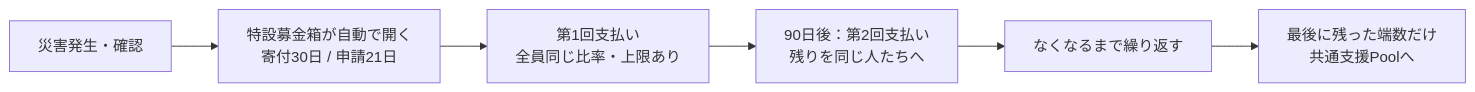
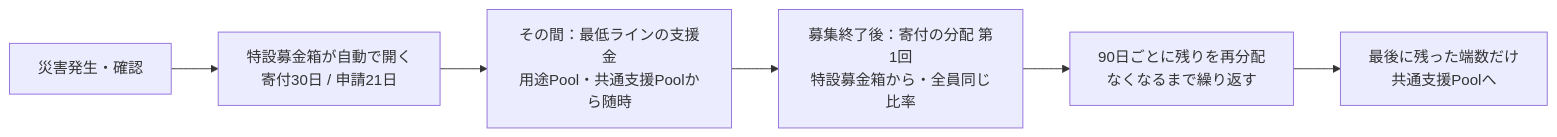
Before and after one commit to UnagiLabs/Sonari: the fourth of 4 diagrams in docs/donation_flow.md, drawn with Mermaid. The commit also changed other lines of this file and 2 other files, not shown here.

````diff
--- a/docs/donation_flow.md
+++ b/docs/donation_flow.md
@@ -88,8 +127,8 @@
 ```mermaid
 flowchart LR
     A[災害発生・確認] --> B[特設募金箱が自動で開く<br>寄付30日 / 申請21日]
-    B --> C[第1回支払い<br>全員同じ比率・上限あり]
-    C --> D[90日後：第2回支払い<br>残りを同じ人たちへ]
-    D --> E[なくなるまで繰り返す]
+    B --> C[その間：最低ラインの支援金<br>用途Pool・共通支援Poolから随時]
+    C --> D[募集終了後：寄付の分配 第1回<br>特設募金箱から・全員同じ比率]
+    D --> E[90日ごとに残りを再分配<br>なくなるまで繰り返す]
     E --> F[最後に残った端数だけ<br>共通支援Poolへ]
 ```
````
